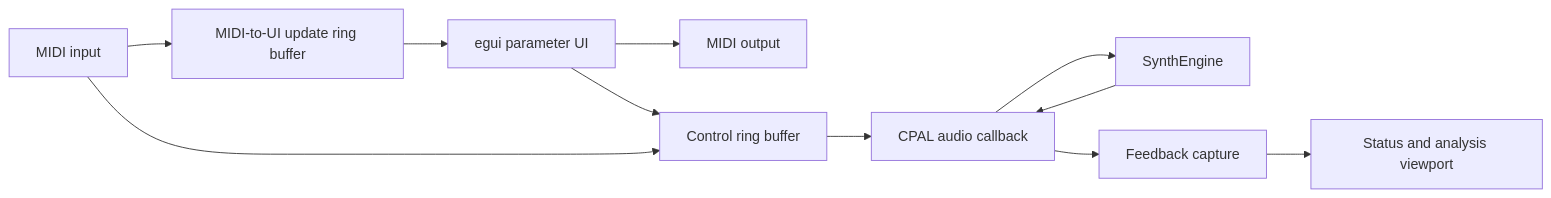
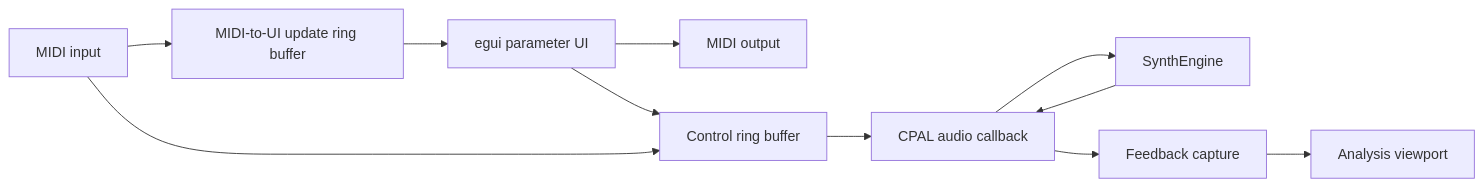
Before and after one commit to chris-zen/noctum-synth: the diagram in docs/src/application.md, drawn with Mermaid. The commit also changed other lines of this file and 27 other files, not shown here.

````diff
--- a/docs/src/application.md
+++ b/docs/src/application.md
@@ -56,23 +58,23 @@
 ```mermaid
 flowchart LR
     UI["egui parameter UI"]
     MIDI["MIDI input"]
     MIDIOut["MIDI output"]
     Queue["Control ring buffer"]
     UIQueue["MIDI-to-UI update ring buffer"]
     Audio["CPAL audio callback"]
     Engine["SynthEngine"]
     Feedback["Feedback capture"]
-    Analysis["Status and analysis viewport"]
+    Analysis["Analysis viewport"]
 
     UI --> Queue
     UI --> MIDIOut
     MIDI --> Queue
     MIDI --> UIQueue
     UIQueue --> UI
     Queue --> Audio
     Audio --> Engine
     Engine --> Audio
     Audio --> Feedback
     Feedback --> Analysis
 ```
````
